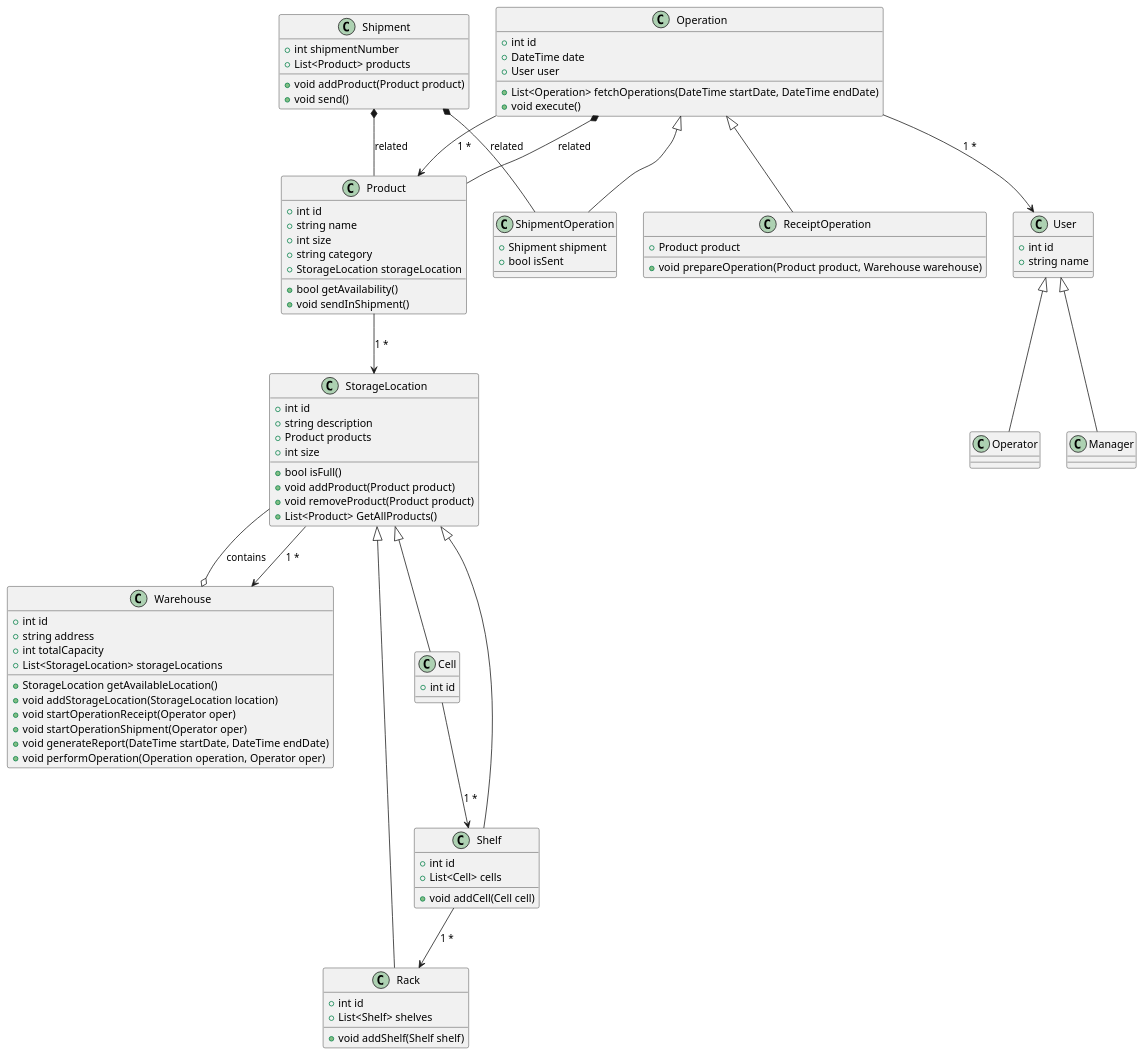
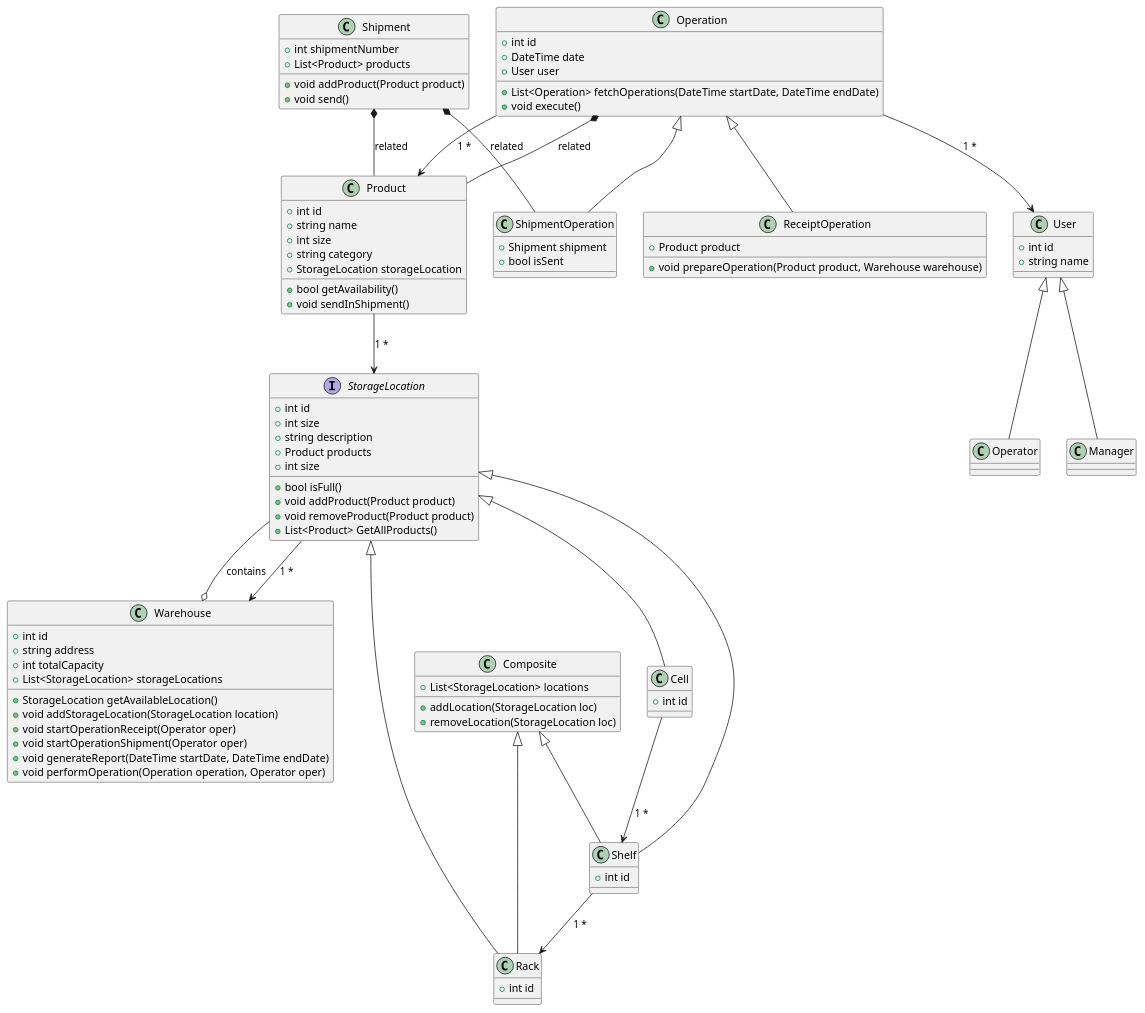
Before and after one commit to penamarth/bsbo-01-22_team6_var6: the diagram in Модель_предметной_области.md, drawn with PlantUML. The commit also changed 3 other files, not shown here.

```diff
--- a/Модель_предметной_области.md
+++ b/Модель_предметной_области.md
@@ -54,8 +54,9 @@
 class Operator {
 }
 
-class StorageLocation {
+interface StorageLocation {
     +int id
+    +int size
     +string description
     +Product products
     +bool isFull()
@@ -65,16 +66,19 @@
     +List<Product> GetAllProducts()
 }
 
+class Composite{
+    +addLocation(StorageLocation loc)
+    +removeLocation(StorageLocation loc)
+    +List<StorageLocation> locations
+}
+
 class Rack{
     +int id
-    +List<Shelf> shelves
-    +void addShelf(Shelf shelf) 
+    
 }
 
 class Shelf{
     +int id
-    +List<Cell> cells
-    +void addCell(Cell cell)
 }
 
 class Cell{
@@ -101,6 +105,9 @@
 StorageLocation <|-- Shelf
 StorageLocation <|-- Cell
 
+Composite <|-- Rack
+Composite <|-- Shelf
+
 Shelf --> Rack : "1 *"
 Cell --> Shelf : "1 *"
 
```
